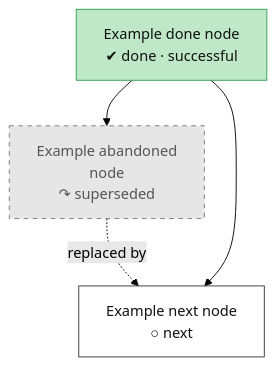
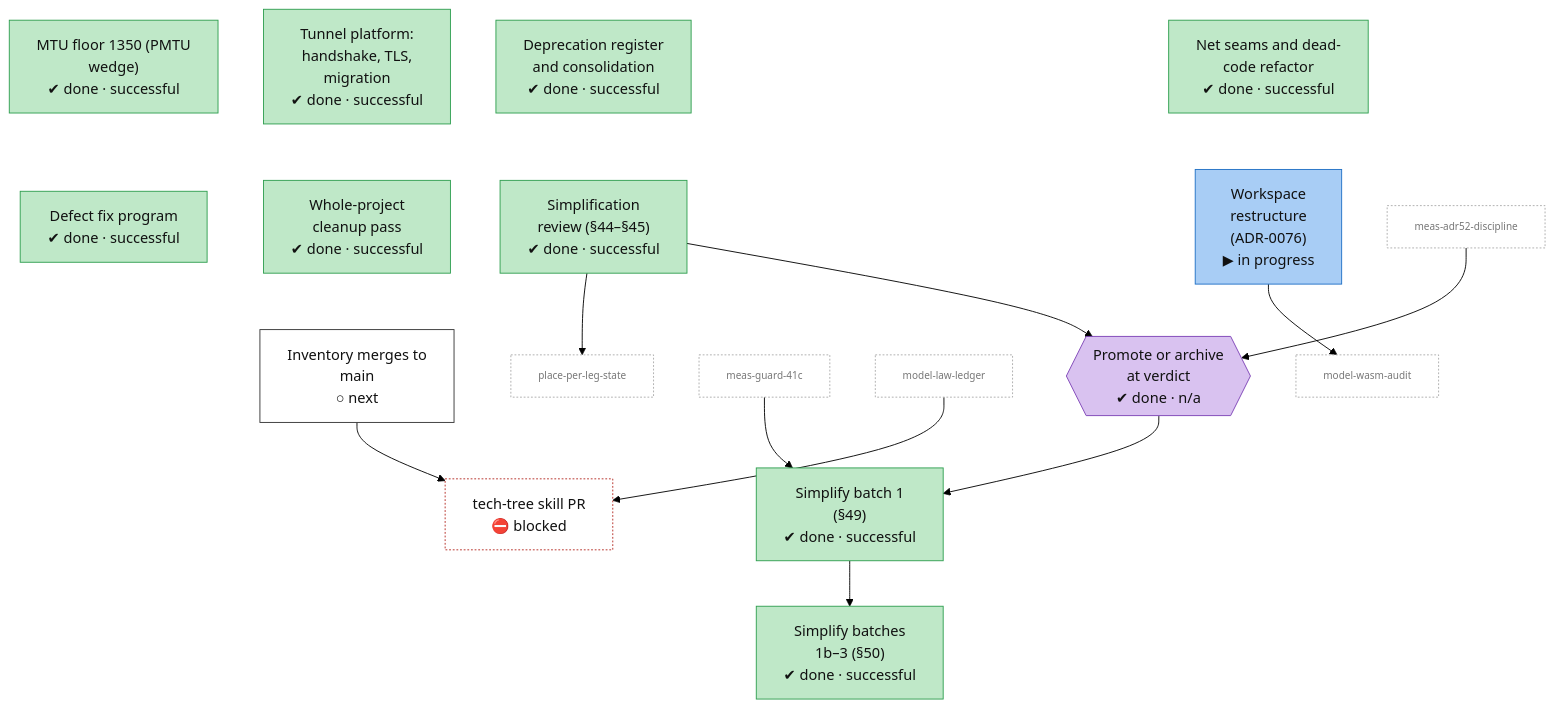
Before and after one commit to lhns/raptorpath: diagram 14 of 14 in docs/roadmap.md, drawn with Mermaid (forest theme). The commit also changed other lines of this file and 3 other files, not shown here.

Commit message:
roadmap: the tech tree - 198 nodes (171 history from status, ADRs, paper and git; 27 forward), generated overview, timeline and per-track trees; check: unrated nodes may keep their source quote (warning)

````diff
--- a/docs/roadmap.md
+++ b/docs/roadmap.md
@@ -193,24 +1259,53 @@
 ```mermaid
 flowchart TB
-    infra_example_done["Example done node<br/>✔ done · successful"]
-    infra_example_abandoned["Example abandoned<br/>node<br/>↷ superseded"]
-    infra_example_next["Example next node<br/>○ next"]
-    infra_example_done --> infra_example_abandoned
-    infra_example_abandoned -.->|replaced by| infra_example_next
-    infra_example_done --> infra_example_next
+    infra_early_platform["Tunnel platform:<br/>handshake, TLS,<br/>migration<br/>✔ done · successful"]
+    infra_mtu_floor["MTU floor 1350 (PMTU<br/>wedge)<br/>✔ done · successful"]
+    infra_consolidation["Deprecation register<br/>and consolidation<br/>✔ done · successful"]
+    infra_net_seams["Net seams and dead-<br/>code refactor<br/>✔ done · successful"]
+    infra_cleanup_0927["Whole-project<br/>cleanup pass<br/>✔ done · successful"]
+    infra_fix_program["Defect fix program<br/>✔ done · successful"]
+    infra_simplify_review["Simplification<br/>review (#167;44–#167;45)<br/>✔ done · successful"]
+    infra_adr73{{"Promote or archive<br/>at verdict<br/>✔ done · n/a"}}
+    infra_simplify_batch1["Simplify batch 1<br/>(#167;49)<br/>✔ done · successful"]
+    infra_simplify_batch2["Simplify batches<br/>1b–3 (#167;50)<br/>✔ done · successful"]
+    infra_restructure["Workspace<br/>restructure<br/>(ADR-0076)<br/>▶ in progress"]
+    infra_inventory_merges["Inventory merges to<br/>main<br/>○ next"]
+    infra_tech_tree_skill["tech-tree skill PR<br/>⛔ blocked"]
+    infra_early_platform ~~~ infra_cleanup_0927
+    infra_mtu_floor ~~~ infra_fix_program
+    infra_consolidation ~~~ infra_simplify_review
+    infra_net_seams ~~~ infra_restructure
+    infra_cleanup_0927 ~~~ infra_inventory_merges
+    x_meas_adr52_discipline["meas-adr52-discipline"]
+    x_meas_guard_41c["meas-guard-41c"]
+    x_model_law_ledger["model-law-ledger"]
+    x_model_wasm_audit["model-wasm-audit"]
+    x_place_per_leg_state["place-per-leg-state"]
+    infra_simplify_review --> x_place_per_leg_state
+    infra_restructure --> x_model_wasm_audit
+    infra_simplify_review --> infra_adr73
+    x_meas_adr52_discipline --> infra_adr73
+    infra_adr73 --> infra_simplify_batch1
+    x_meas_guard_41c --> infra_simplify_batch1
+    infra_simplify_batch1 --> infra_simplify_batch2
+    infra_inventory_merges --> infra_tech_tree_skill
+    x_model_law_ledger --> infra_tech_tree_skill
     classDef vsucc fill:#2e9e4f,stroke:#1b6b34,color:#fff
     classDef succ fill:#bfe8c8,stroke:#2e9e4f,color:#111
     classDef mixed fill:#ffd37a,stroke:#c98a00,color:#111
     classDef bad fill:#f28b82,stroke:#b3261e,color:#111
     classDef dead fill:#e6e6e6,stroke:#777,stroke-dasharray:5 5,color:#555
     classDef inprog fill:#a8cdf5,stroke:#1f6fc5,color:#111
     classDef next fill:#fff,stroke:#333,color:#111
     classDef blocked fill:#fff,stroke:#b3261e,stroke-dasharray:2 2,color:#111
     classDef parked fill:#f3f3f3,stroke:#999,color:#555
     classDef unrated fill:#fff,stroke:#333,stroke-dasharray:1 3,color:#111
     classDef userdec fill:#d9c2f0,stroke:#7b3fb5,color:#111
     classDef stub fill:#fff,stroke:#aaa,stroke-dasharray:2 2,color:#777,font-size:11px
-    class infra_example_done succ
-    class infra_example_abandoned dead
-    class infra_example_next next
+    class infra_early_platform,infra_mtu_floor,infra_consolidation,infra_net_seams,infra_cleanup_0927,infra_fix_program,infra_simplify_review,infra_simplify_batch1,infra_simplify_batch2 succ
+    class infra_adr73 userdec
+    class infra_restructure inprog
+    class infra_inventory_merges next
+    class infra_tech_tree_skill blocked
+    class x_meas_adr52_discipline,x_meas_guard_41c,x_model_law_ledger,x_model_wasm_audit,x_place_per_leg_state stub
 ```
````
